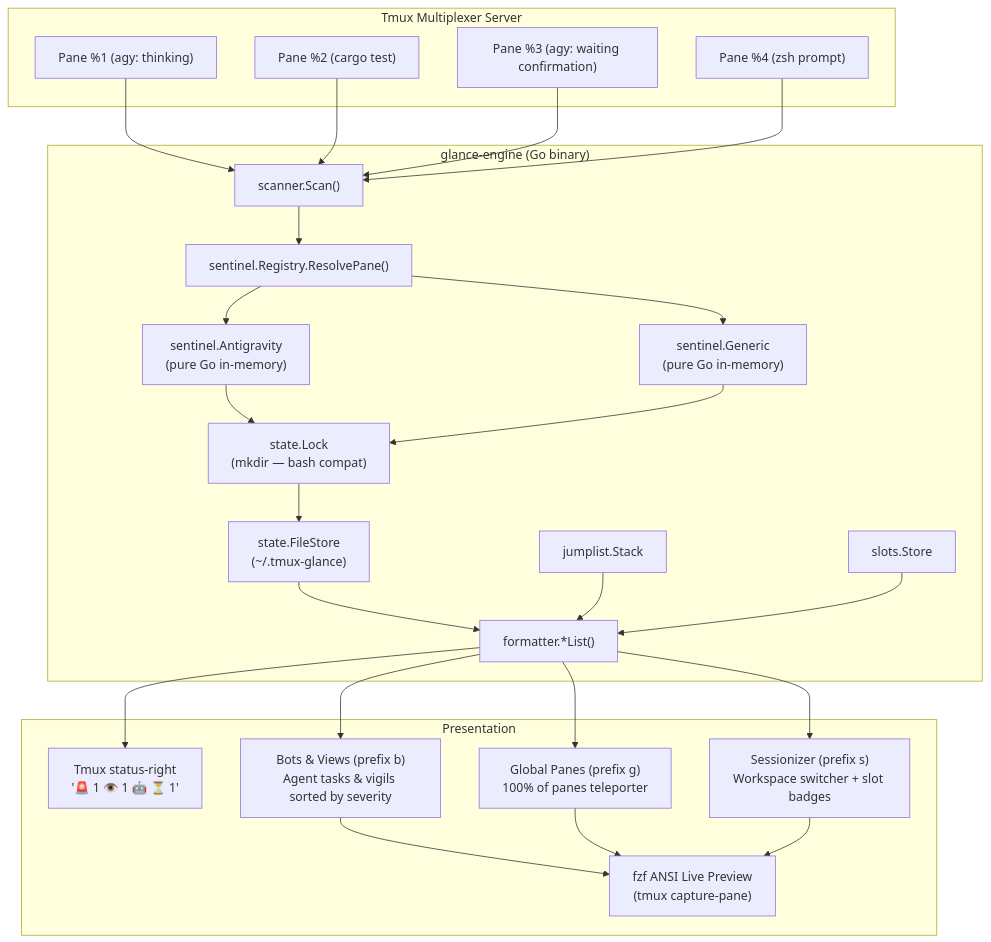
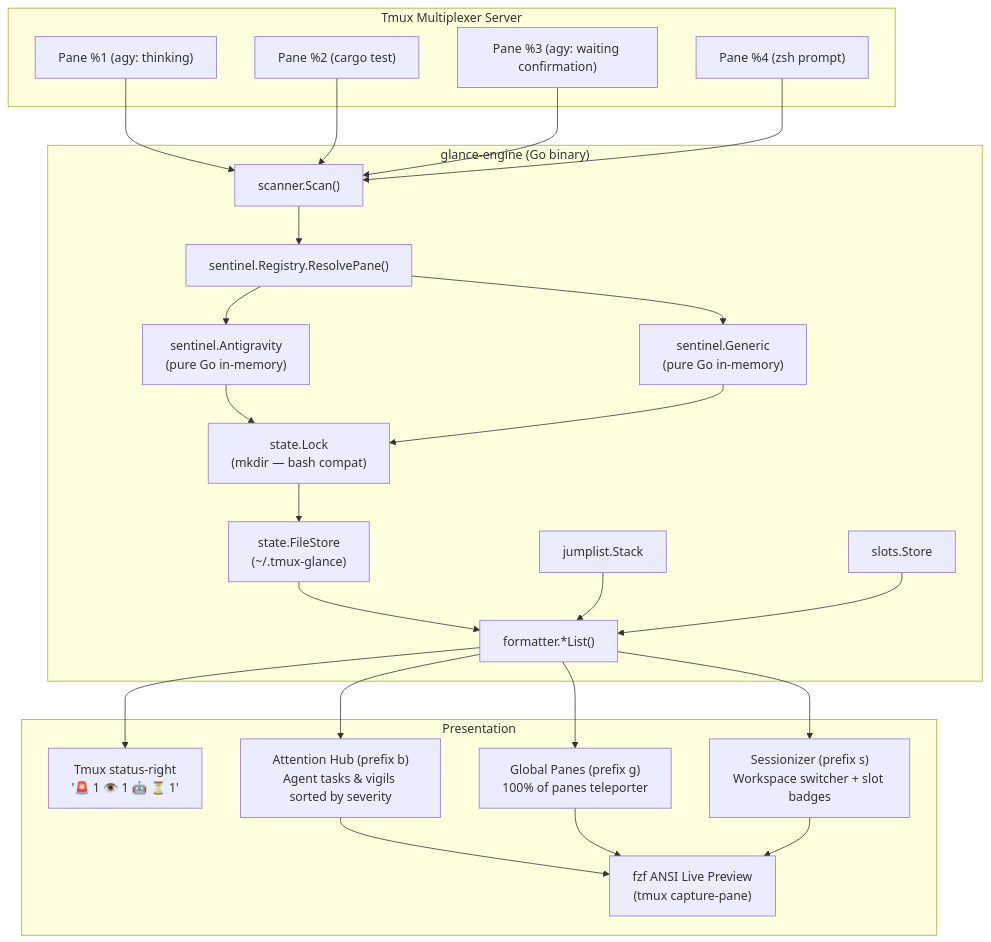
One commit to mhutchinson/tmux-glance changed the diagram in DESIGN.md. Above: the diagram before and after it, drawn with Mermaid. The commit also changed other lines of this file and 7 other files, not shown here.

First line of the commit message:
refactor: standardize Attention Hub branding, CLI flags, and quickfix parsing

````diff
--- a/DESIGN.md
+++ b/DESIGN.md
@@ -68,44 +68,44 @@
 ```mermaid
 flowchart TD
     subgraph Tmux Multiplexer Server
         P1["Pane %1 (agy: thinking)"]
         P2["Pane %2 (cargo test)"]
         P3["Pane %3 (agy: waiting confirmation)"]
         P4["Pane %4 (zsh prompt)"]
     end
 
     subgraph glance-engine ["glance-engine (Go binary)"]
         Scan["scanner.Scan()"]
         Router["sentinel.Registry.ResolvePane()"]
         S_AGY["sentinel.Antigravity\n(pure Go in-memory)"]
         S_GEN["sentinel.Generic\n(pure Go in-memory)"]
         Lock["state.Lock\n(mkdir — bash compat)"]
         State["state.FileStore\n(~/.tmux-glance)"]
         JL["jumplist.Stack"]
         Slots["slots.Store"]
         Fmt["formatter.*List()"]
     end
 
     subgraph Presentation
         Status["Tmux status-right\n'🚨 1  👁️ 1  🤖 ⏳ 1'"]
-        Hub["Bots & Views (prefix b)\nAgent tasks & vigils sorted by severity"]
+        Hub["Attention Hub (prefix b)\nAgent tasks & vigils sorted by severity"]
         Fleet["Global Panes (prefix g)\n100% of panes teleporter"]
         Sessions["Sessionizer (prefix s)\nWorkspace switcher + slot badges"]
         Preview["fzf ANSI Live Preview\n(tmux capture-pane)"]
     end
 
     P1 & P2 & P3 & P4 --> Scan
     Scan --> Router
     Router --> S_AGY
     Router --> S_GEN
     S_AGY & S_GEN --> Lock
     Lock --> State
     State --> Fmt
     Fmt --> Status
     Fmt --> Hub
     Fmt --> Fleet
     Fmt --> Sessions
     JL --> Fmt
     Slots --> Fmt
     Hub & Fleet & Sessions --> Preview
 ```
````
